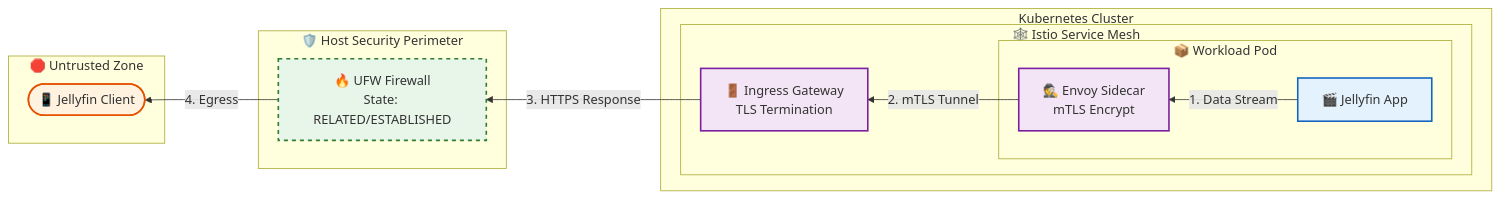
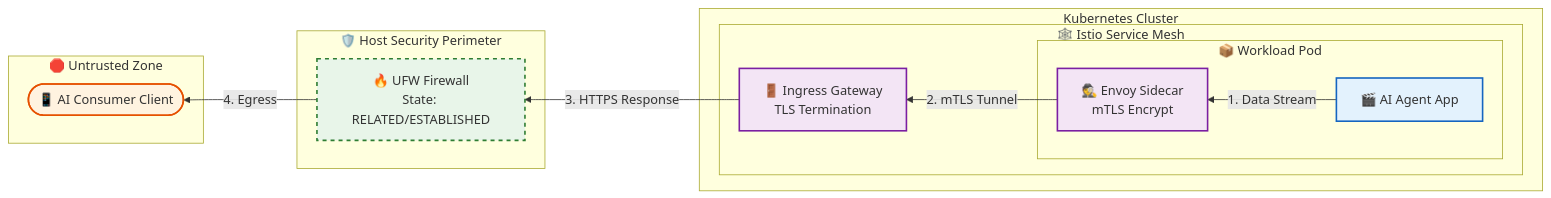
The third of 4 diagrams in readme.md (bbreckenridge/k3s-home-lab), drawn with Mermaid before and after one commit. The commit also changed other lines of this file and 9 other files, not shown here.

````diff
--- a/readme.md
+++ b/readme.md
@@ -107,33 +117,33 @@
 ```mermaid
 graph RL
     %% Node Styles
     classDef user fill:#fff3e0,stroke:#e65100,stroke-width:2px;
     classDef security fill:#e8f5e9,stroke:#2e7d32,stroke-width:2px,stroke-dasharray: 5 5;
     classDef infra fill:#e3f2fd,stroke:#1565c0,stroke-width:2px;
     classDef mesh fill:#f3e5f5,stroke:#7b1fa2,stroke-width:2px;
 
     subgraph Cluster ["Kubernetes Cluster"]
         subgraph ServiceMesh ["🕸️ Istio Service Mesh"]
             subgraph Pod ["📦 Workload Pod"]
-                Container[🎬 Jellyfin App]:::infra
+                Container[🎬 AI Agent App]:::infra
                 Sidecar["🕵️ Envoy Sidecar<br/>mTLS Encrypt"]:::mesh
             end
             
             Gateway["🚪 Ingress Gateway<br/>TLS Termination"]:::mesh
         end
     end
 
     subgraph Perimeter ["🛡️ Host Security Perimeter"]
         UFW["🔥 UFW Firewall<br/>State: RELATED/ESTABLISHED"]:::security
     end
 
     subgraph Untrusted ["🛑 Untrusted Zone"]
-        Client([📱 Jellyfin Client]):::user
+        Client([📱 AI Consumer Client]):::user
     end
 
     %% Traffic Flow
     Container -- "1. Data Stream" --> Sidecar
     Sidecar -- "2. mTLS Tunnel" --> Gateway
     Gateway -- "3. HTTPS Response" --> UFW
     UFW -- "4. Egress" --> Client
 ```
````
